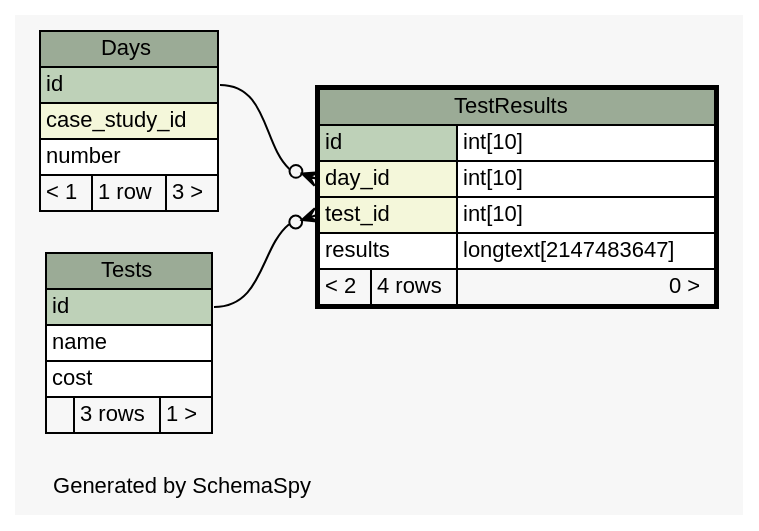
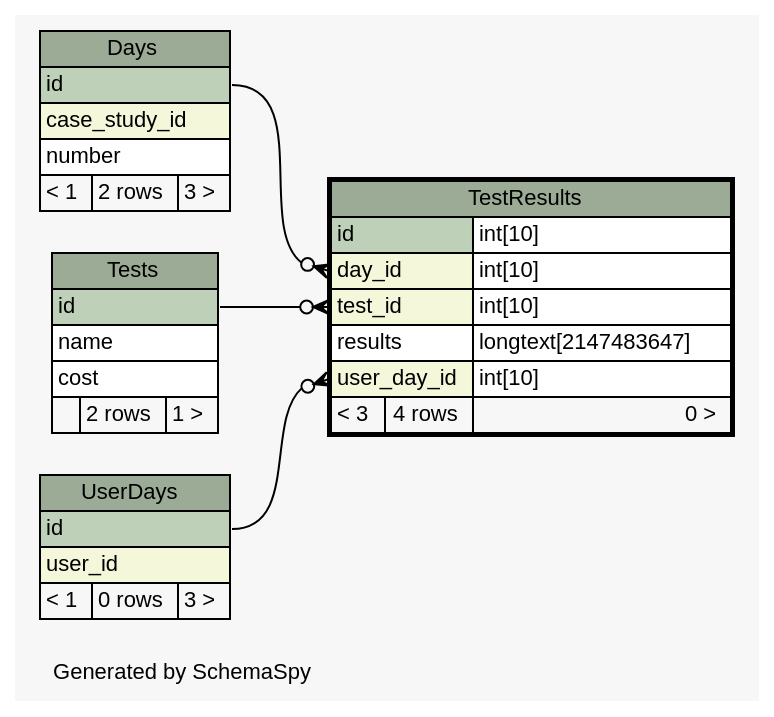
The diagram in web/files/schema/diagrams/TestResults.1degree.dot (carrel2/CaseStudies), drawn with Graphviz before and after one commit. The commit also changed 88 other files, not shown here.

Commit message:
Add table to store user input, for use to compare with original case and review after completion

```diff
--- a/web/files/schema/diagrams/TestResults.1degree.dot
+++ b/web/files/schema/diagrams/TestResults.1degree.dot
@@ -1,61 +1,74 @@
-// dot 2.38.0 on Linux 4.4.0-62-generic
+// dot 2.38.0 on Linux 4.4.0-64-generic
 // SchemaSpy rev 590
 digraph "oneDegreeRelationshipsDiagram" {
   graph [
     rankdir="RL"
     bgcolor="#f7f7f7"
     label="\nGenerated by SchemaSpy"
     labeljust="l"
     nodesep="0.18"
     ranksep="0.46"
     fontname="Helvetica"
     fontsize="11"
   ];
   node [
     fontname="Helvetica"
     fontsize="11"
     shape="plaintext"
   ];
   edge [
     arrowsize="0.8"
   ];
   "TestResults":"day_id":w -> "Days":"id":e [arrowhead=none dir=back arrowtail=crowodot];
   "TestResults":"test_id":w -> "Tests":"id":e [arrowhead=none dir=back arrowtail=crowodot];
+  "TestResults":"user_day_id":w -> "UserDays":"id":e [arrowhead=none dir=back arrowtail=crowodot];
   "Days" [
     label=<
     <TABLE BORDER="0" CELLBORDER="1" CELLSPACING="0" BGCOLOR="#ffffff">
       <TR><TD COLSPAN="3" BGCOLOR="#9bab96" ALIGN="CENTER">Days</TD></TR>
       <TR><TD PORT="id" COLSPAN="3" BGCOLOR="#bed1b8" ALIGN="LEFT">id</TD></TR>
       <TR><TD PORT="case_study_id" COLSPAN="3" BGCOLOR="#f4f7da" ALIGN="LEFT">case_study_id</TD></TR>
       <TR><TD PORT="number" COLSPAN="3" ALIGN="LEFT">number</TD></TR>
-      <TR><TD ALIGN="LEFT" BGCOLOR="#f7f7f7">&lt; 1</TD><TD ALIGN="RIGHT" BGCOLOR="#f7f7f7">1 row</TD><TD ALIGN="RIGHT" BGCOLOR="#f7f7f7">3 &gt;</TD></TR>
+      <TR><TD ALIGN="LEFT" BGCOLOR="#f7f7f7">&lt; 1</TD><TD ALIGN="RIGHT" BGCOLOR="#f7f7f7">2 rows</TD><TD ALIGN="RIGHT" BGCOLOR="#f7f7f7">3 &gt;</TD></TR>
     </TABLE>>
     URL="Days.html"
     tooltip="Days"
   ];
   "TestResults" [
     label=<
     <TABLE BORDER="2" CELLBORDER="1" CELLSPACING="0" BGCOLOR="#ffffff">
       <TR><TD COLSPAN="3" BGCOLOR="#9bab96" ALIGN="CENTER">TestResults</TD></TR>
       <TR><TD PORT="id" COLSPAN="2" BGCOLOR="#bed1b8" ALIGN="LEFT">id</TD><TD PORT="id.type" ALIGN="LEFT">int[10]</TD></TR>
       <TR><TD PORT="day_id" COLSPAN="2" BGCOLOR="#f4f7da" ALIGN="LEFT">day_id</TD><TD PORT="day_id.type" ALIGN="LEFT">int[10]</TD></TR>
       <TR><TD PORT="test_id" COLSPAN="2" BGCOLOR="#f4f7da" ALIGN="LEFT">test_id</TD><TD PORT="test_id.type" ALIGN="LEFT">int[10]</TD></TR>
       <TR><TD PORT="results" COLSPAN="2" ALIGN="LEFT">results</TD><TD PORT="results.type" ALIGN="LEFT">longtext[2147483647]</TD></TR>
-      <TR><TD ALIGN="LEFT" BGCOLOR="#f7f7f7">&lt; 2</TD><TD ALIGN="RIGHT" BGCOLOR="#f7f7f7">4 rows</TD><TD ALIGN="RIGHT" BGCOLOR="#f7f7f7">0 &gt;</TD></TR>
+      <TR><TD PORT="user_day_id" COLSPAN="2" BGCOLOR="#f4f7da" ALIGN="LEFT">user_day_id</TD><TD PORT="user_day_id.type" ALIGN="LEFT">int[10]</TD></TR>
+      <TR><TD ALIGN="LEFT" BGCOLOR="#f7f7f7">&lt; 3</TD><TD ALIGN="RIGHT" BGCOLOR="#f7f7f7">4 rows</TD><TD ALIGN="RIGHT" BGCOLOR="#f7f7f7">0 &gt;</TD></TR>
     </TABLE>>
     URL="TestResults.html"
     tooltip="TestResults"
   ];
   "Tests" [
     label=<
     <TABLE BORDER="0" CELLBORDER="1" CELLSPACING="0" BGCOLOR="#ffffff">
       <TR><TD COLSPAN="3" BGCOLOR="#9bab96" ALIGN="CENTER">Tests</TD></TR>
       <TR><TD PORT="id" COLSPAN="3" BGCOLOR="#bed1b8" ALIGN="LEFT">id</TD></TR>
       <TR><TD PORT="name" COLSPAN="3" ALIGN="LEFT">name</TD></TR>
       <TR><TD PORT="cost" COLSPAN="3" ALIGN="LEFT">cost</TD></TR>
-      <TR><TD ALIGN="LEFT" BGCOLOR="#f7f7f7">  </TD><TD ALIGN="RIGHT" BGCOLOR="#f7f7f7">3 rows</TD><TD ALIGN="RIGHT" BGCOLOR="#f7f7f7">1 &gt;</TD></TR>
+      <TR><TD ALIGN="LEFT" BGCOLOR="#f7f7f7">  </TD><TD ALIGN="RIGHT" BGCOLOR="#f7f7f7">2 rows</TD><TD ALIGN="RIGHT" BGCOLOR="#f7f7f7">1 &gt;</TD></TR>
     </TABLE>>
     URL="Tests.html"
     tooltip="Tests"
   ];
+  "UserDays" [
+    label=<
+    <TABLE BORDER="0" CELLBORDER="1" CELLSPACING="0" BGCOLOR="#ffffff">
+      <TR><TD COLSPAN="3" BGCOLOR="#9bab96" ALIGN="CENTER">UserDays</TD></TR>
+      <TR><TD PORT="id" COLSPAN="3" BGCOLOR="#bed1b8" ALIGN="LEFT">id</TD></TR>
+      <TR><TD PORT="user_id" COLSPAN="3" BGCOLOR="#f4f7da" ALIGN="LEFT">user_id</TD></TR>
+      <TR><TD ALIGN="LEFT" BGCOLOR="#f7f7f7">&lt; 1</TD><TD ALIGN="RIGHT" BGCOLOR="#f7f7f7">0 rows</TD><TD ALIGN="RIGHT" BGCOLOR="#f7f7f7">3 &gt;</TD></TR>
+    </TABLE>>
+    URL="UserDays.html"
+    tooltip="UserDays"
+  ];
 }
```
